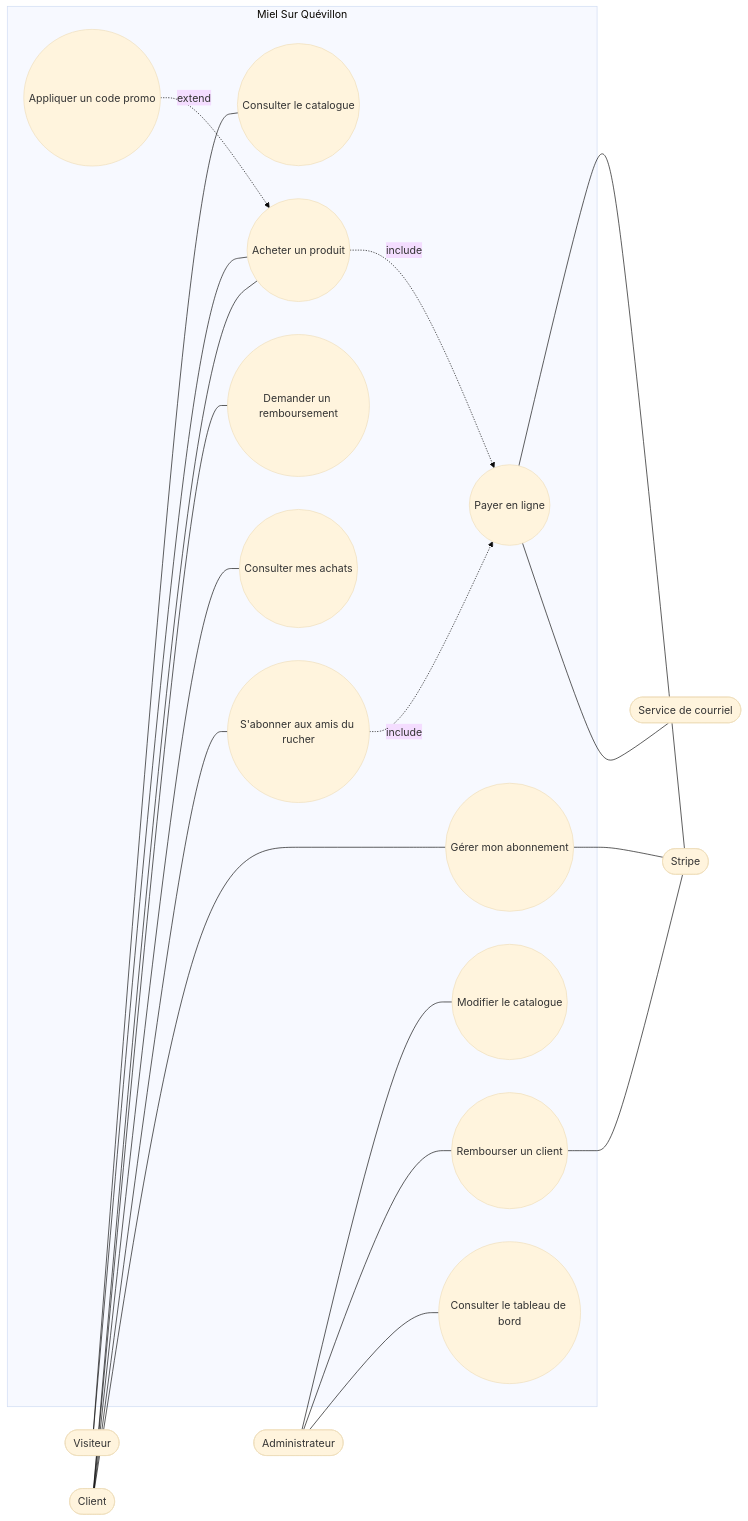
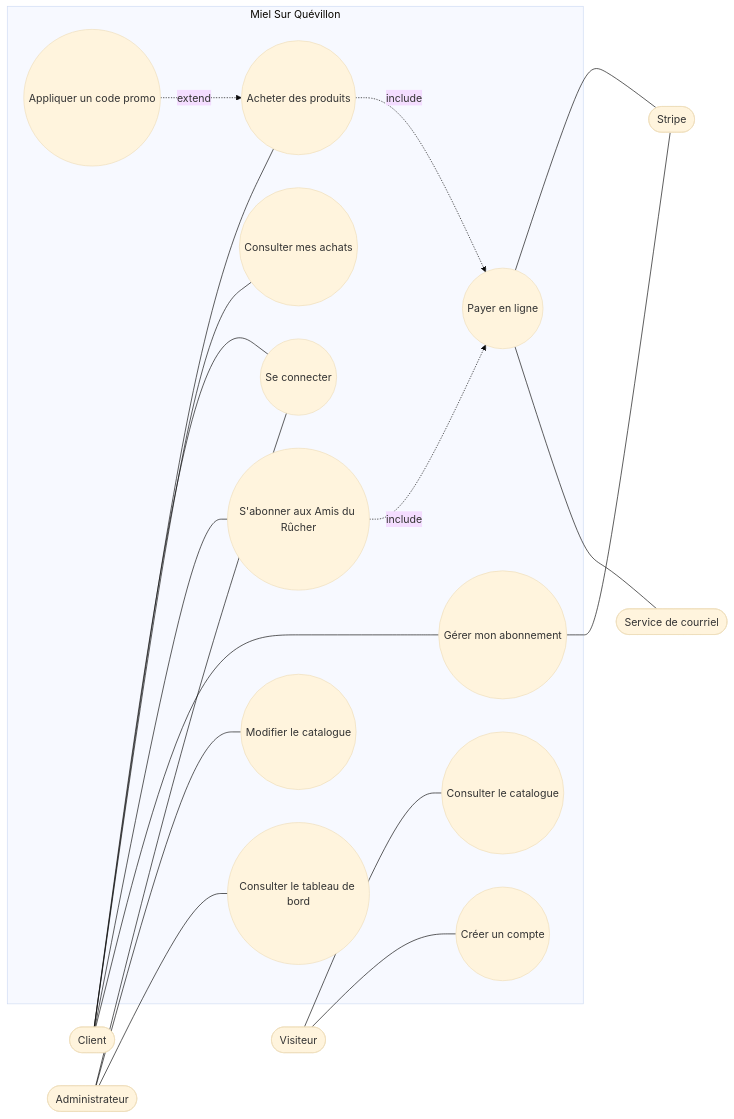
One commit to Grindy/LeMiel-sur-Quevillon changed the diagram in docs/cahier-des-charges.md. Above: the diagram before and after it, drawn with Mermaid (base theme). The commit also changed other lines of this file and 3 other files, not shown here.

````diff
--- a/docs/cahier-des-charges.md
+++ b/docs/cahier-des-charges.md
@@ -258,38 +259,37 @@
 ```mermaid
 flowchart LR
   Visiteur([Visiteur])
   Client([Client])
   Administrateur([Administrateur])
   Stripe([Stripe])
   Courriel([Service de courriel])
   subgraph Miel Sur Quévillon
     UC01((Consulter le catalogue))
-    UC02((Acheter un produit))
-    UC03((Demander un remboursement))
+    UC02((Acheter des produits))
     UC04((Consulter mes achats))
+    UC05((Se connecter))
     UC06((Modifier le catalogue))
-    UC07((S'abonner aux amis du rucher))
+    UC07((S'abonner aux Amis du Rûcher))
     UC08((Gérer mon abonnement))
     UC09((Payer en ligne))
-    UC10((Rembourser un client))
     UC11((Appliquer un code promo))
     UC12((Consulter le tableau de bord))
+    UC13((Créer un compte))
   end
   Visiteur --- UC01
-  Visiteur --- UC02
+  Visiteur --- UC13
+  Client --- UC05
   Client --- UC02
-  Client --- UC03
   Client --- UC04
-  Administrateur --- UC06
   Client --- UC07
   Client --- UC08
-  Administrateur --- UC10
+  Administrateur --- UC05
+  Administrateur --- UC06
   Administrateur --- UC12
   UC02 -. include .-> UC09
   UC07 -. include .-> UC09
   UC11 -. extend .-> UC02
   UC09 --- Stripe
   UC09 --- Courriel
   UC08 --- Stripe
-  UC10 --- Stripe
 ```
````
